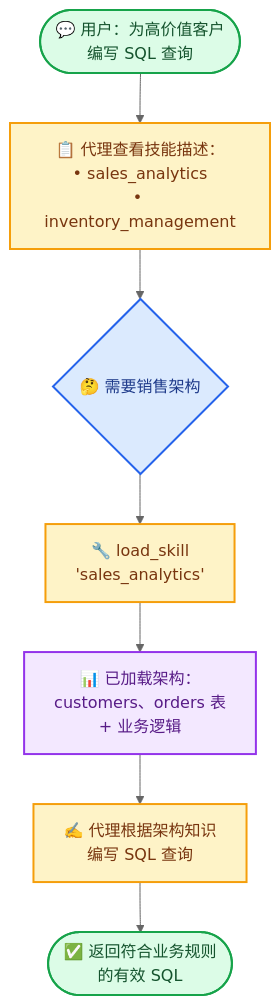
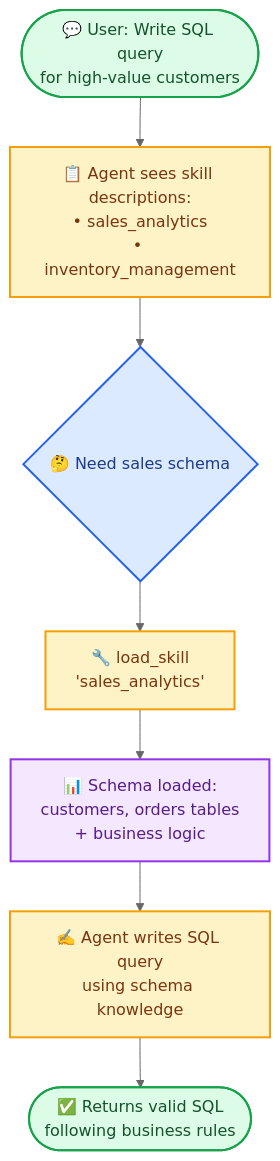
One commit to kunfan96/cndocs-langchain changed the diagram in oss/python/langchain/multi-agent/skills-sql-assistant.mdx. Above: the diagram before and after it, drawn with Mermaid. The commit also changed other lines of this file and 2611 other files, not shown here.

````diff
--- a/oss/python/langchain/multi-agent/skills-sql-assistant.mdx
+++ b/oss/python/langchain/multi-agent/skills-sql-assistant.mdx
@@ -27,26 +27,26 @@
 ```mermaid
 %%{init: {'theme':'base', 'themeVariables': { 'primaryColor':'#4CAF50','primaryTextColor':'#fff','primaryBorderColor':'#2E7D32','lineColor':'#666','secondaryColor':'#FF9800','tertiaryColor':'#2196F3','tertiaryBorderColor':'#1565C0','tertiaryTextColor':'#fff'}}}%%
 flowchart TD
-    Start([💬 用户：为高价值客户<br/>编写 SQL 查询]) --> SystemPrompt[📋 代理查看技能描述：<br/>• sales_analytics<br/>• inventory_management]
+    Start([💬 User: Write SQL query<br/>for high-value customers]) --> SystemPrompt[📋 Agent sees skill descriptions:<br/>• sales_analytics<br/>• inventory_management]
 
-    SystemPrompt --> Decide{🤔 需要销售架构}
+    SystemPrompt --> Decide{🤔 Need sales schema}
 
     Decide --> LoadSkill[🔧 load_skill<br/>'sales_analytics']
 
-    LoadSkill --> Schema[📊 已加载架构：<br/>customers、orders 表<br/>+ 业务逻辑]
+    LoadSkill --> Schema[📊 Schema loaded:<br/>customers, orders tables<br/>+ business logic]
 
-    Schema --> WriteQuery[✍️ 代理根据架构知识<br/>编写 SQL 查询]
+    Schema --> WriteQuery[✍️ Agent writes SQL query<br/>using schema knowledge]
 
-    WriteQuery --> Response([✅ 返回符合业务规则<br/>的有效 SQL])
+    WriteQuery --> Response([✅ Returns valid SQL<br/>following business rules])
 
     %% Styling for light and dark modes
     classDef startEnd fill:#DCFCE7,stroke:#16A34A,stroke-width:2px,color:#14532D
     classDef process fill:#FEF3C7,stroke:#F59E0B,stroke-width:2px,color:#78350F
     classDef decision fill:#DBEAFE,stroke:#2563EB,stroke-width:2px,color:#1E3A8A
     classDef enrichment fill:#F3E8FF,stroke:#9333EA,stroke-width:2px,color:#581C87
 
     class Start,Response startEnd
     class SystemPrompt,LoadSkill,WriteQuery process
     class Decide decision
     class Schema enrichment
 ```
````
